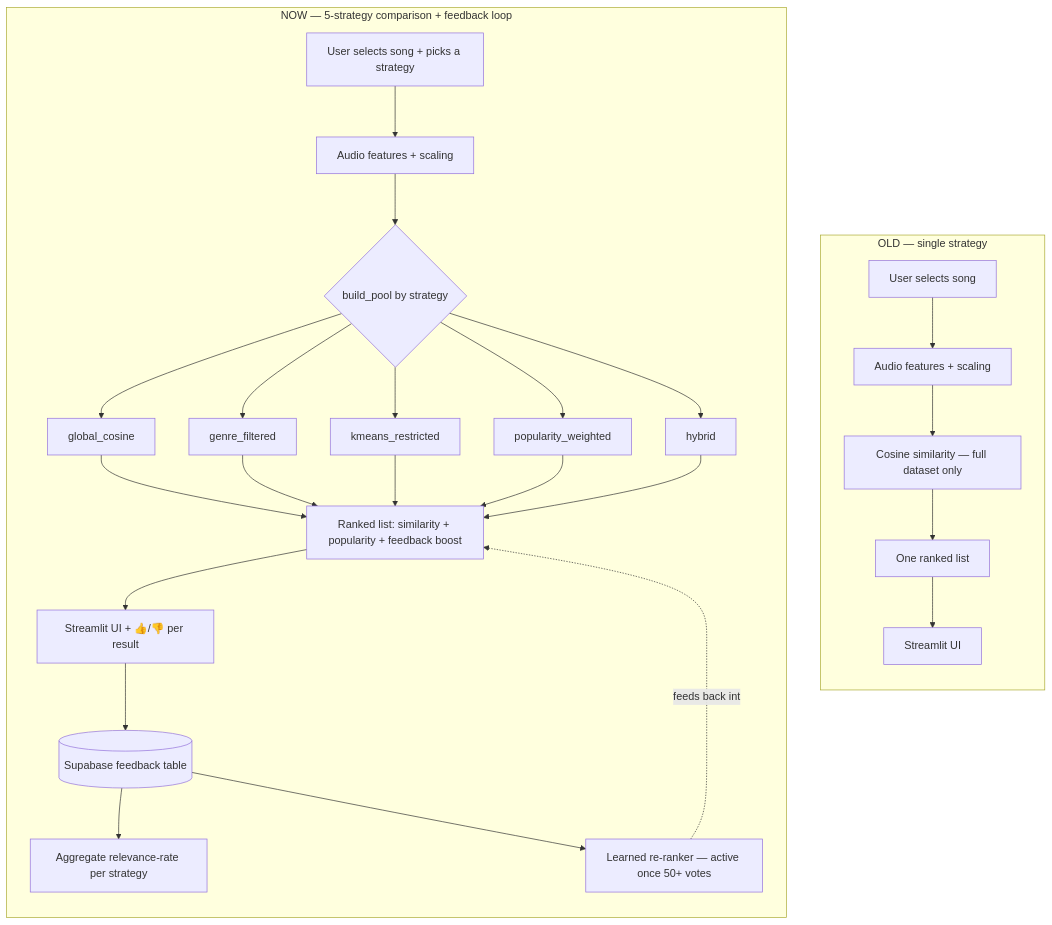
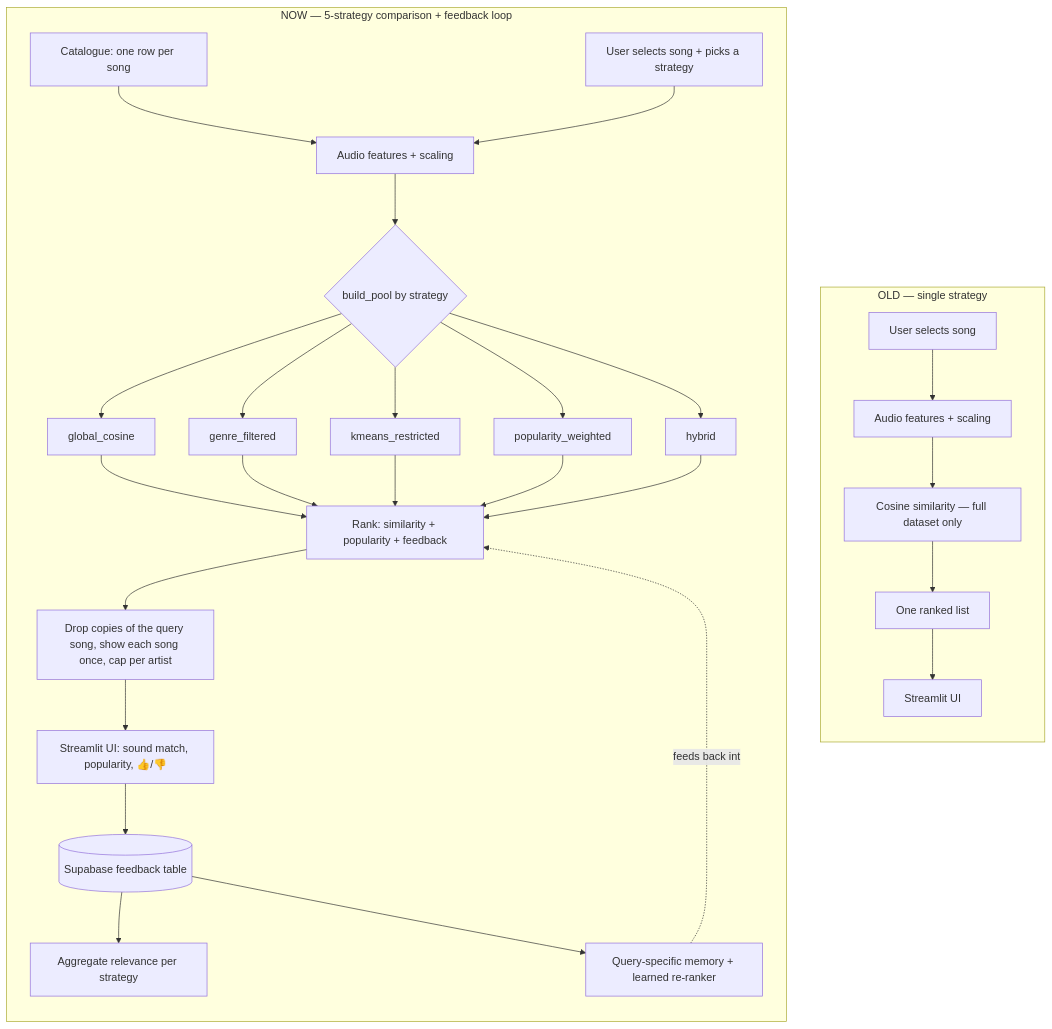
One commit to anshika-aj/music-recommendation changed the diagram in usecase_documentation/00_USE_CASE_DOCUMENTATION.md. Above: the diagram before and after it, drawn with Mermaid. The commit also changed other lines of this file and 7 other files, not shown here.

````diff
--- a/usecase_documentation/00_USE_CASE_DOCUMENTATION.md
+++ b/usecase_documentation/00_USE_CASE_DOCUMENTATION.md
@@ -55,31 +58,33 @@
 ```mermaid
 flowchart TB
     subgraph OLD["OLD — single strategy"]
         direction TB
         O1[User selects song] --> O2[Audio features + scaling]
         O2 --> O3[Cosine similarity — full dataset only]
         O3 --> O4[One ranked list]
         O4 --> O5[Streamlit UI]
     end
 
     subgraph NEW["NOW — 5-strategy comparison + feedback loop"]
         direction TB
+        N0[Catalogue: one row per song] --> N2
         N1[User selects song + picks a strategy] --> N2[Audio features + scaling]
         N2 --> N3{build_pool by strategy}
         N3 --> N4a[global_cosine]
         N3 --> N4b[genre_filtered]
         N3 --> N4c[kmeans_restricted]
         N3 --> N4d[popularity_weighted]
         N3 --> N4e[hybrid]
-        N4a --> N5[Ranked list: similarity + popularity + feedback boost]
+        N4a --> N5[Rank: similarity + popularity + feedback]
         N4b --> N5
         N4c --> N5
         N4d --> N5
         N4e --> N5
-        N5 --> N6[Streamlit UI + 👍/👎 per result]
+        N5 --> N5b[Drop copies of the query song, show each song once, cap per artist]
+        N5b --> N6[Streamlit UI: sound match, popularity, 👍/👎]
         N6 --> N7[(Supabase feedback table)]
-        N7 --> N8[Aggregate relevance-rate per strategy]
-        N7 --> N9[Learned re-ranker — active once 50+ votes]
+        N7 --> N8[Aggregate relevance per strategy]
+        N7 --> N9[Query-specific memory + learned re-ranker]
         N9 -.feeds back into.-> N5
     end
 ```
````
